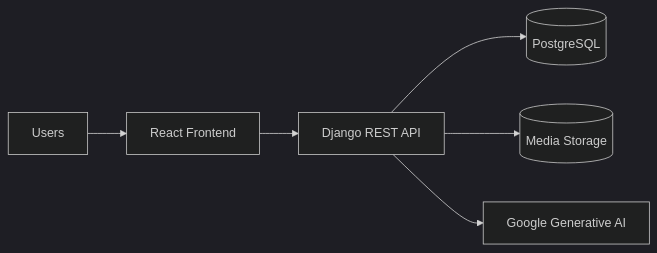
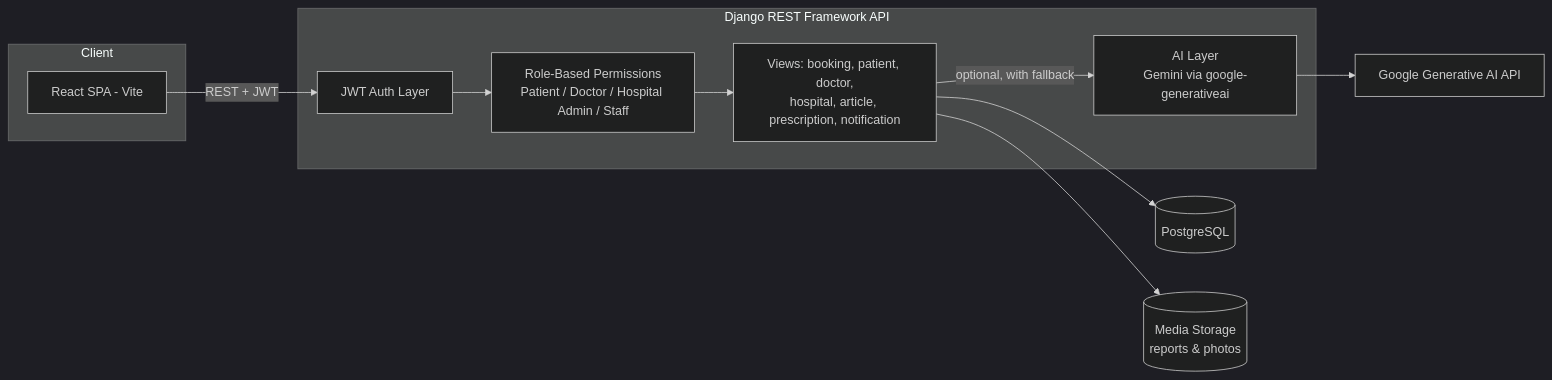
Before and after one commit to mini-project-123/MEDI-LIN-Q: the diagram in README.md, drawn with Mermaid (dark theme). The commit also changed other lines of this file, not shown here.

````diff
--- a/README.md
+++ b/README.md
@@ -28,8 +131,25 @@
 ```mermaid
 flowchart LR
-  U[Users] --> R[React Frontend]
-  R --> A[Django REST API]
-  A --> D[(PostgreSQL)]
-  A --> M[(Media Storage)]
-  A --> G[Google Generative AI]
+    subgraph Client
+        R[React SPA - Vite]
+    end
+
+    subgraph Server["Django REST Framework API"]
+        AUTH[JWT Auth Layer]
+        PERM[Role-Based Permissions<br/>Patient / Doctor / Hospital Admin / Staff]
+        VIEWS[Views: booking, patient, doctor,<br/>hospital, article, prescription, notification]
+        AI[AI Layer<br/>Gemini via google-generativeai]
+    end
+
+    DB[(PostgreSQL)]
+    MEDIA[(Media Storage<br/>reports & photos)]
+    GEMINI[Google Generative AI API]
+
+    R -- REST + JWT --> AUTH
+    AUTH --> PERM
+    PERM --> VIEWS
+    VIEWS --> DB
+    VIEWS --> MEDIA
+    VIEWS -- optional, with fallback --> AI
+    AI --> GEMINI
 ```
````
